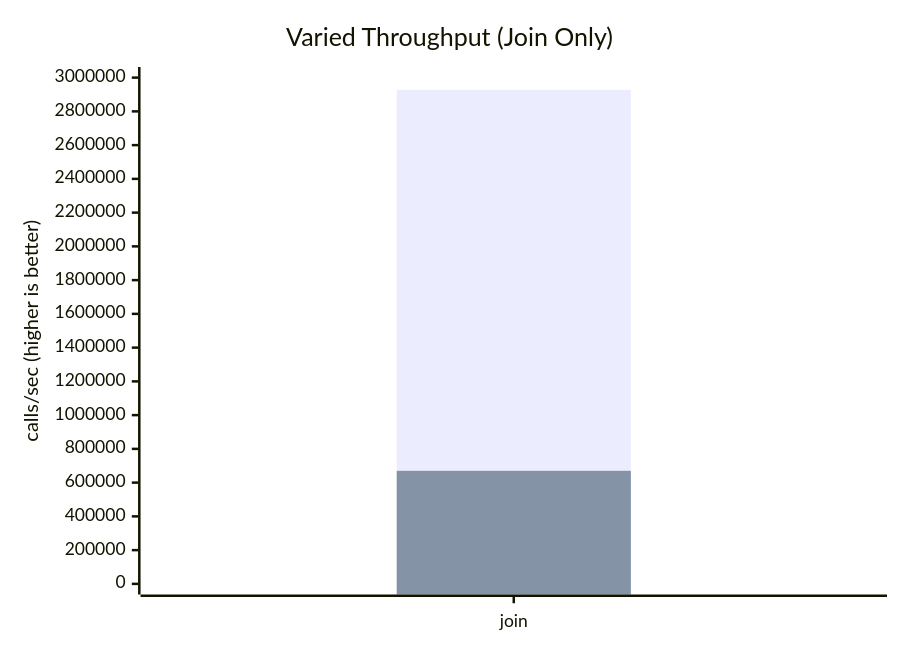
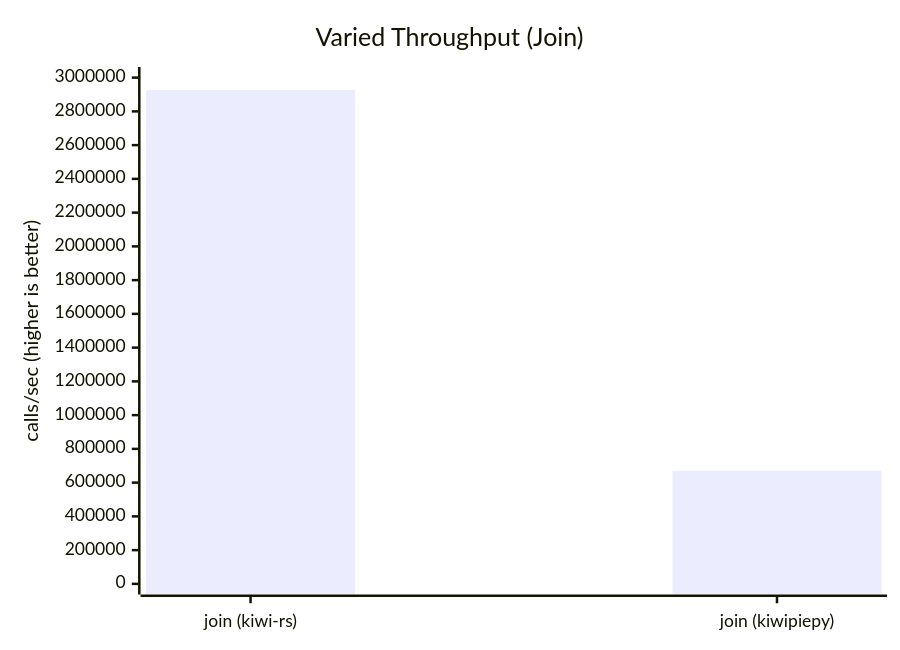
Before and after one commit to JAICHANGPARK/kiwi-rs: the sixth of 8 diagrams in README.md, drawn with Mermaid. The commit also changed other lines of this file and 1 other file, not shown here.

Commit message:
docs: split benchmark absolute charts by engine

````diff
--- a/README.md
+++ b/README.md
@@ -452,8 +460,7 @@
 ```mermaid
 xychart-beta
-    title "Varied Throughput (Join Only)"
-    x-axis ["join"]
+    title "Varied Throughput (Join)"
+    x-axis ["join (kiwi-rs)","join (kiwipiepy)"]
     y-axis "calls/sec (higher is better)" 0 --> 3000000
-    bar [2927258.22]
-    bar [669983.08]
+    bar [2927258.22,669983.08]
 ```
````
